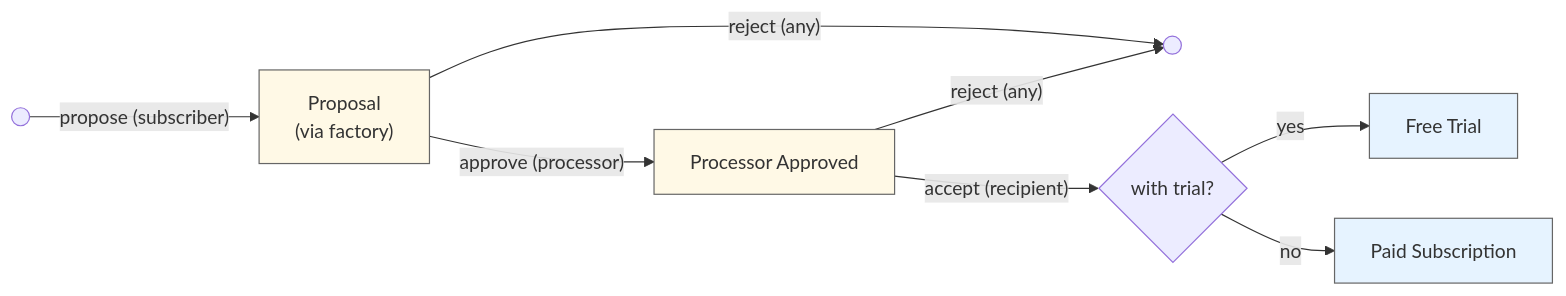
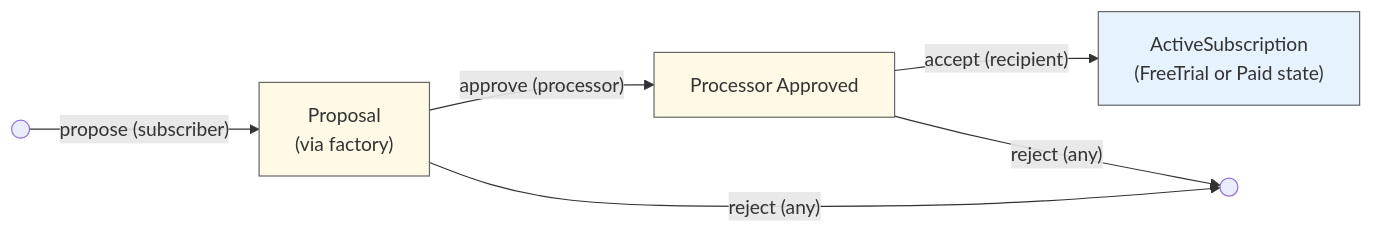
Before and after one commit to Fairmint/open-captable-protocol-daml: the first of 5 diagrams in Subscriptions-v01/README.md, drawn with Mermaid. The commit also changed other lines of this file and 20 other files, not shown here.

````diff
--- a/Subscriptions-v01/README.md
+++ b/Subscriptions-v01/README.md
@@ -135,15 +145,13 @@
 ```mermaid
 flowchart LR
     Start(( )) --> |"propose (subscriber)"|SP["Proposal<br>(via factory)"]
     SP -->|"approve (processor)"| PA[Processor Approved]
     SP -->|"reject (any)"| End(( ))
-    PA -->|"accept (recipient)"| Choice{with trial?}
+    PA -->|"accept (recipient)"| AS["ActiveSubscription<br>(FreeTrial or Paid state)"]
     PA -->|"reject (any)"| End
-    Choice -->|yes| FT[Free Trial]
-    Choice -->|no| PS[Paid Subscription]
     
     classDef proposal fill:#fff9e6,stroke:#666
     classDef active fill:#e6f3ff,stroke:#666
     class SP,PA proposal
-    class FT,PS active
+    class AS active
 ```
````
